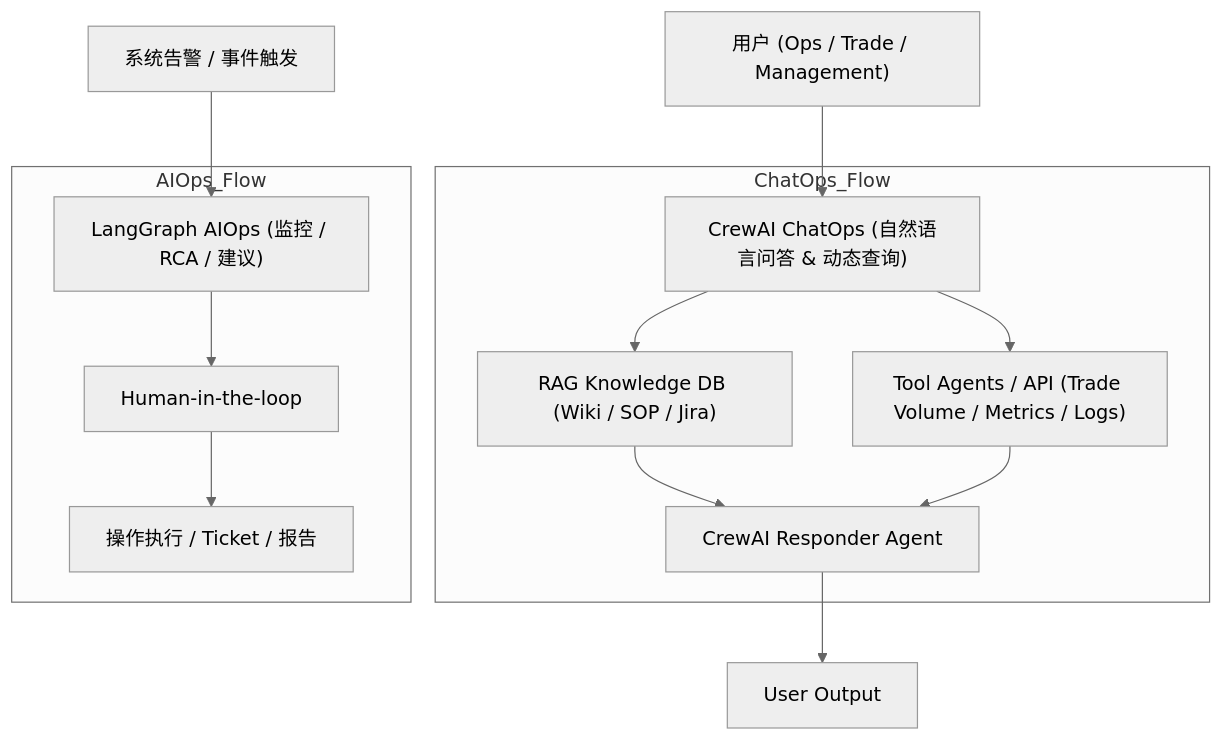
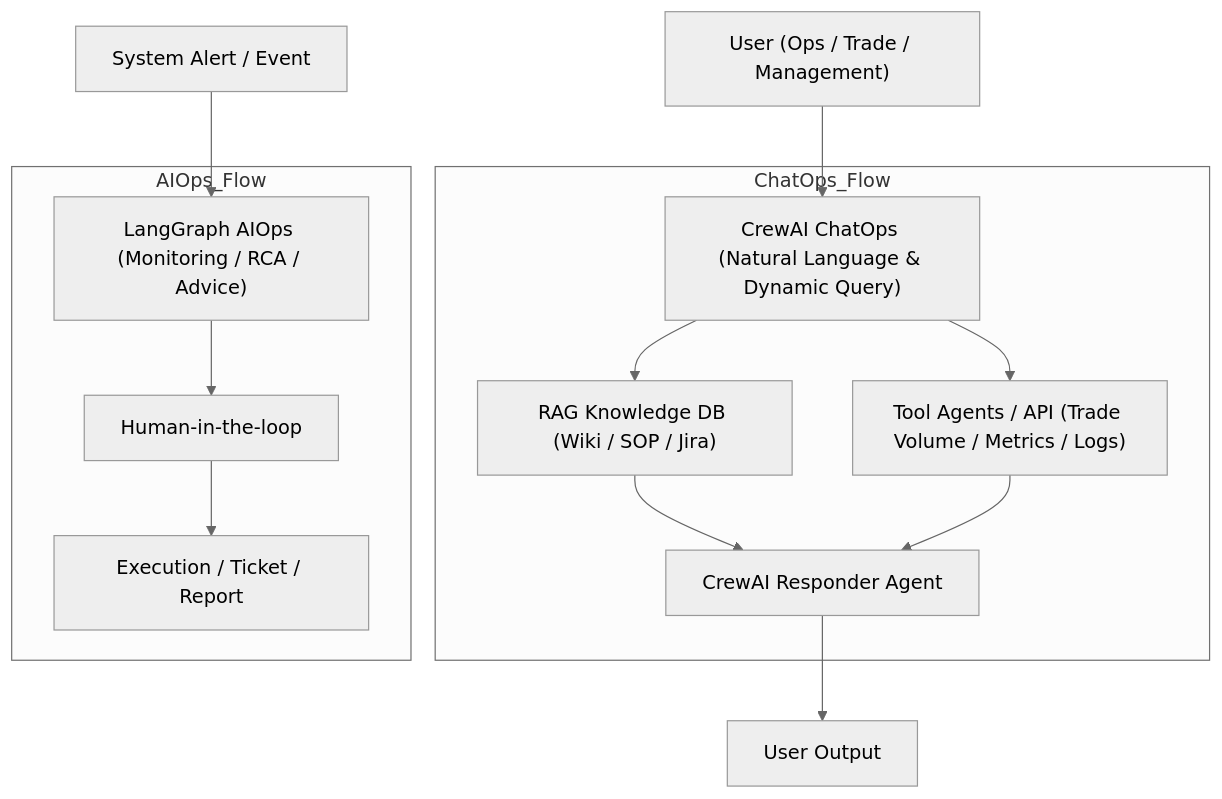
The diagram in README.md (jxauyhj-copilot/aiops), drawn with Mermaid (neutral theme) before and after one commit. The commit also changed other lines of this file, not shown here.

````diff
--- a/README.md
+++ b/README.md
@@ -84,20 +20,20 @@
 ```mermaid
 graph TD
-    User["用户 (Ops / Trade / Management)"] --> ChatOps["CrewAI ChatOps (自然语言问答 & 动态查询)"]
+    User["User (Ops / Trade / Management)"] --> ChatOps["CrewAI ChatOps (Natural Language & Dynamic Query)"]
     
     subgraph ChatOps_Flow
         ChatOps --> RAG["RAG Knowledge DB (Wiki / SOP / Jira)"]
         ChatOps --> Tools["Tool Agents / API (Trade Volume / Metrics / Logs)"]
         RAG --> Responder["CrewAI Responder Agent"]
         Tools --> Responder
     end
     
     Responder --> Output["User Output"]
 
-    Alert["系统告警 / 事件触发"] --> AIOps["LangGraph AIOps (监控 / RCA / 建议)"]
+    Alert["System Alert / Event"] --> AIOps["LangGraph AIOps (Monitoring / RCA / Advice)"]
     
     subgraph AIOps_Flow
         AIOps --> Human["Human-in-the-loop"]
-        Human --> Action["操作执行 / Ticket / 报告"]
+        Human --> Action["Execution / Ticket / Report"]
     end
 ```
````
